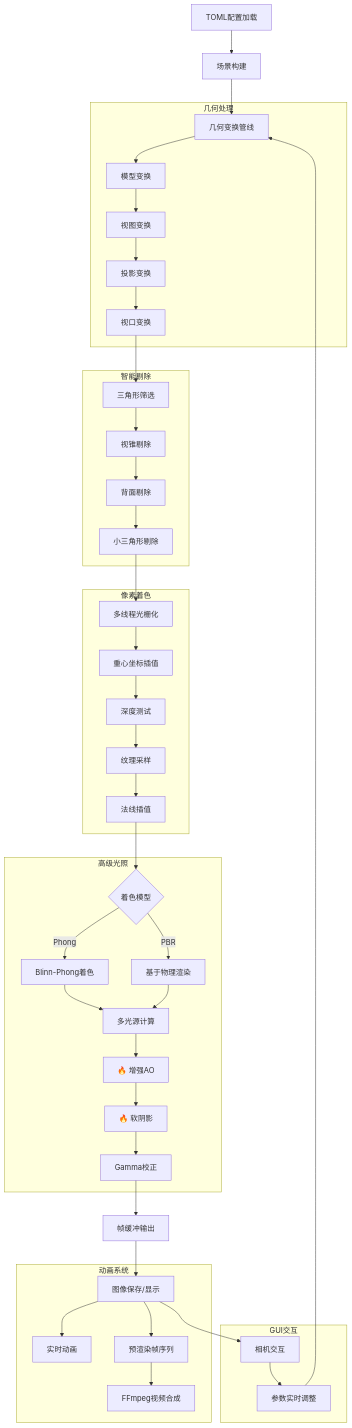
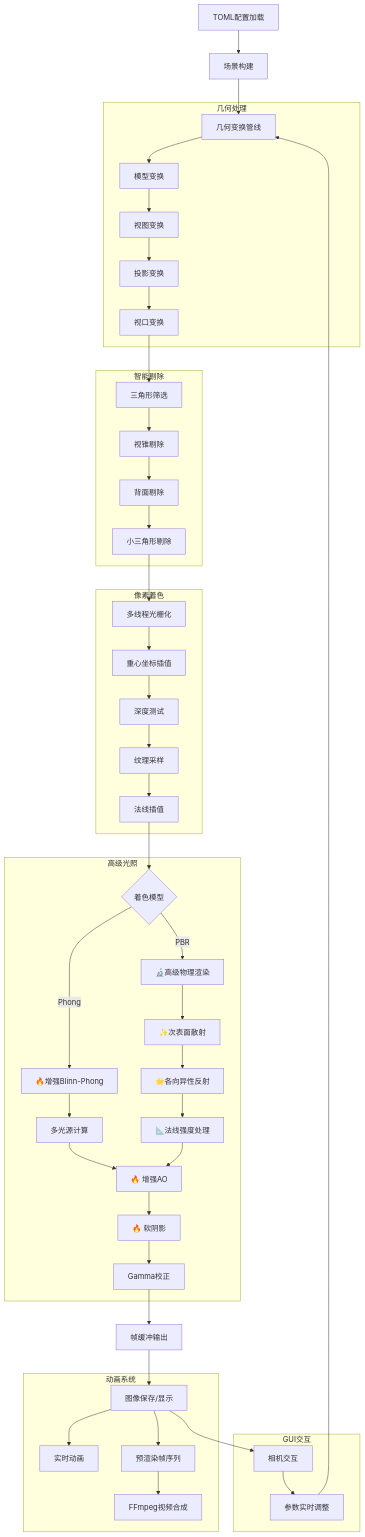
The diagram in README.md (Rukkhadevata123/rasterizer-rust), drawn with Mermaid before and after one commit. The commit also changed other lines of this file, not shown here.

````diff
--- a/README.md
+++ b/README.md
@@ -377,55 +587,58 @@
 ```mermaid
 graph TD
     A[TOML配置加载] --> B[场景构建]
     B --> C[几何变换管线]
     
     subgraph 几何处理
         C --> D[模型变换]
         D --> E[视图变换]
         E --> F[投影变换]
         F --> G[视口变换]
     end
     
     G --> H[三角形筛选]
     
     subgraph 智能剔除
         H --> H1[视锥剔除]
         H1 --> H2[背面剔除]
         H2 --> H3[小三角形剔除]
     end
     
     H3 --> I[多线程光栅化]
     
     subgraph 像素着色
         I --> J1[重心坐标插值]
         J1 --> J2[深度测试]
         J2 --> J3[纹理采样]
         J3 --> J4[法线插值]
     end
     
     subgraph 高级光照
         J4 --> K1{着色模型}
-        K1 -->|Phong| K2[Blinn-Phong着色]
-        K1 -->|PBR| K3[基于物理渲染]
+        K1 -->|Phong| K2[🔥增强Blinn-Phong]
+        K1 -->|PBR| K3[🔬高级物理渲染]
         K2 --> K4[多光源计算]
-        K3 --> K4
-        K4 --> K5[🔥 增强AO]
-        K5 --> K6[🔥 软阴影]
-        K6 --> K7[Gamma校正]
+        K3 --> K5[✨次表面散射]
+        K5 --> K6[🌟各向异性反射]
+        K6 --> K7[📐法线强度处理]
+        K4 --> K8[🔥 增强AO]
+        K7 --> K8
+        K8 --> K9[🔥 软阴影]
+        K9 --> K10[Gamma校正]
     end
     
-    K7 --> L[帧缓冲输出]
+    K10 --> L[帧缓冲输出]
     L --> M[图像保存/显示]
     
     subgraph 动画系统
         M --> N1[实时动画]
         M --> N2[预渲染帧序列]
         N2 --> N3[FFmpeg视频合成]
     end
     
     subgraph GUI交互
         M --> O1[相机交互]
         O1 --> O2[参数实时调整]
         O2 --> C
     end
 ```
````
